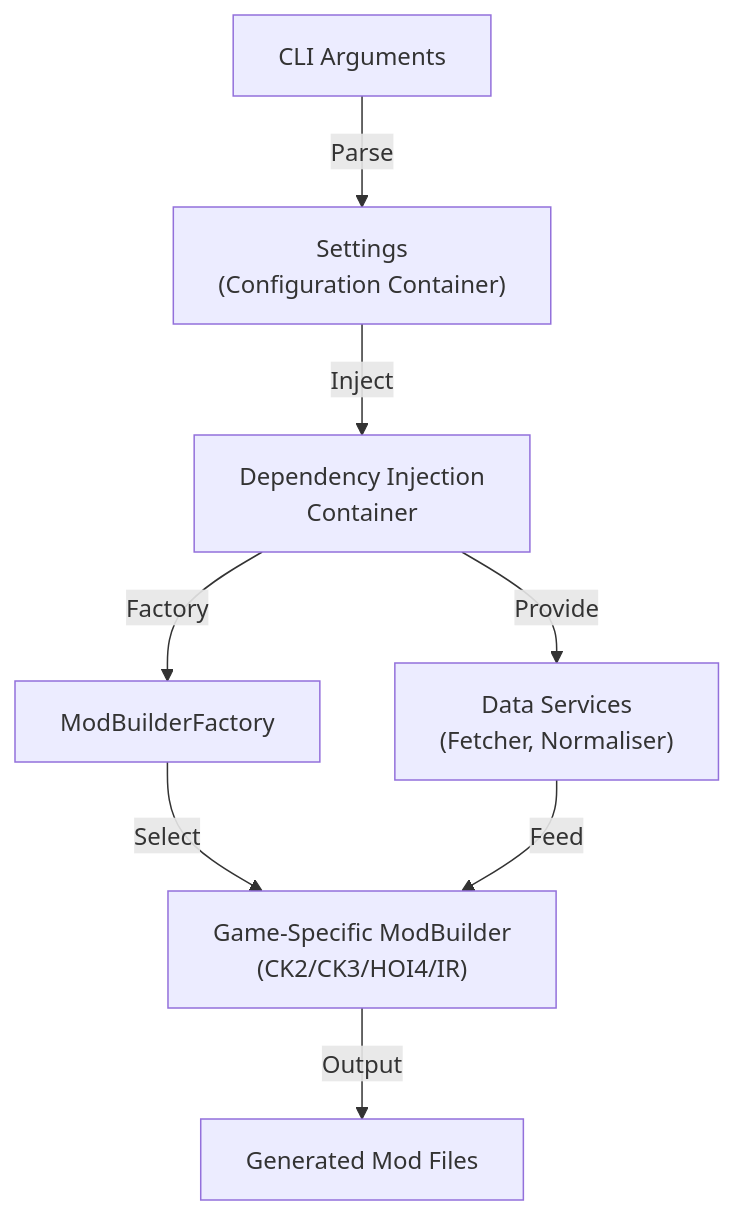
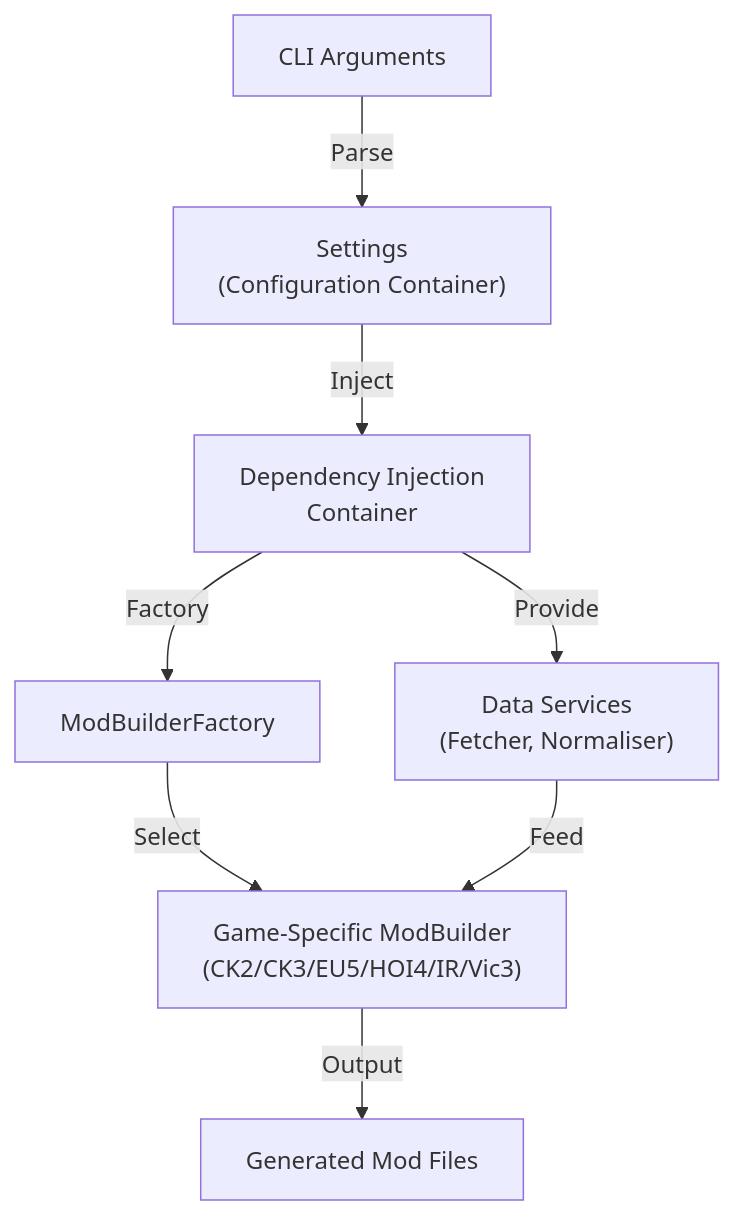
The second of 5 diagrams in ARCHITECTURE.md (hmlendea/more-cultural-names-builder), drawn with Mermaid before and after one commit. The commit also changed other lines of this file and 29 other files, not shown here.

````diff
--- a/ARCHITECTURE.md
+++ b/ARCHITECTURE.md
@@ -73,11 +73,11 @@
 ```mermaid
 flowchart TB
     CLI["CLI Arguments"]
     CLI -->|Parse| Settings["Settings<br/>(Configuration Container)"]
     Settings -->|Inject| DI["Dependency Injection<br/>Container"]
     DI -->|Factory| Factory["ModBuilderFactory"]
-    Factory -->|Select| Builder["Game-Specific ModBuilder<br/>(CK2/CK3/HOI4/IR)"]
+    Factory -->|Select| Builder["Game-Specific ModBuilder<br/>(CK2/CK3/EU5/HOI4/IR/Vic3)"]
     DI -->|Provide| DataSvc["Data Services<br/>(Fetcher, Normaliser)"]
     DataSvc -->|Feed| Builder
     Builder -->|Output| ModFiles["Generated Mod Files"]
 ```
````
